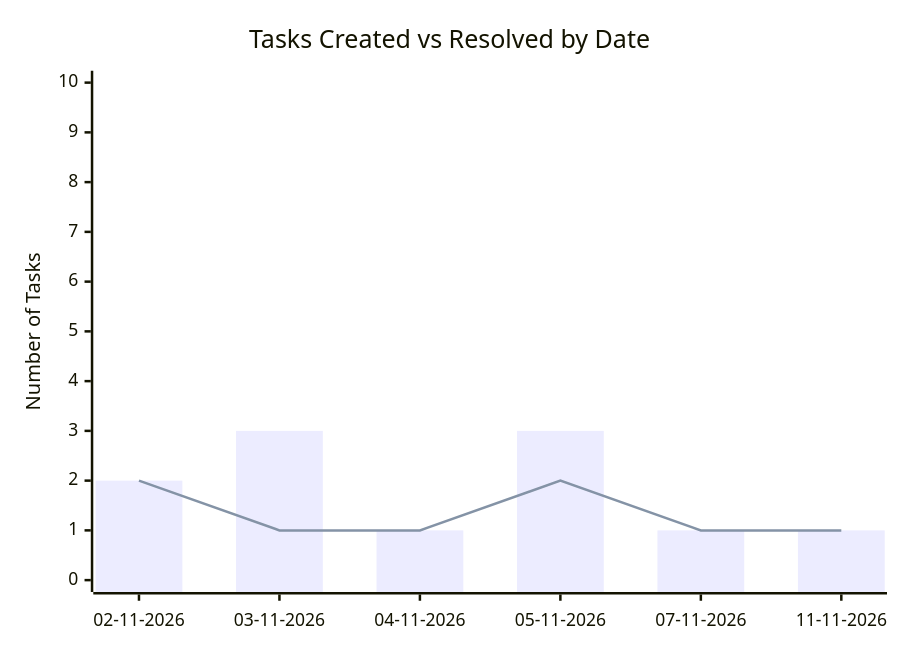
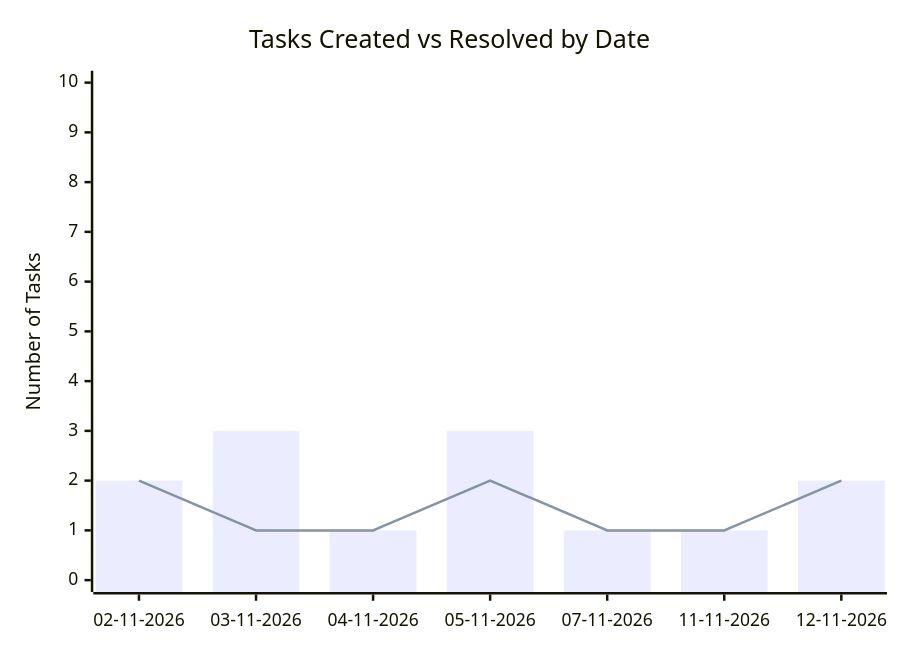
The second of 2 diagrams in KUD/Analytics.md (sagarms97/MyWorkDairy), drawn with Mermaid before and after one commit. The commit also changed other lines of this file and 6 other files, not shown here.

````diff
--- a/KUD/Analytics.md
+++ b/KUD/Analytics.md
@@ -29,8 +30,8 @@
 ```mermaid
 xychart-beta
     title "Tasks Created vs Resolved by Date"
-    x-axis ["02-11-2026", "03-11-2026", "04-11-2026", "05-11-2026", "07-11-2026", "11-11-2026"]
+    x-axis ["02-11-2026", "03-11-2026", "04-11-2026", "05-11-2026", "07-11-2026", "11-11-2026", "12-11-2026"]
     y-axis "Number of Tasks" 0 --> 10
-    bar [2, 3, 1, 3, 1, 1]
-    line [2, 1, 1, 2, 1, 1]
+    bar [2, 3, 1, 3, 1, 1, 2]
+    line [2, 1, 1, 2, 1, 1, 2]
 ```
````
